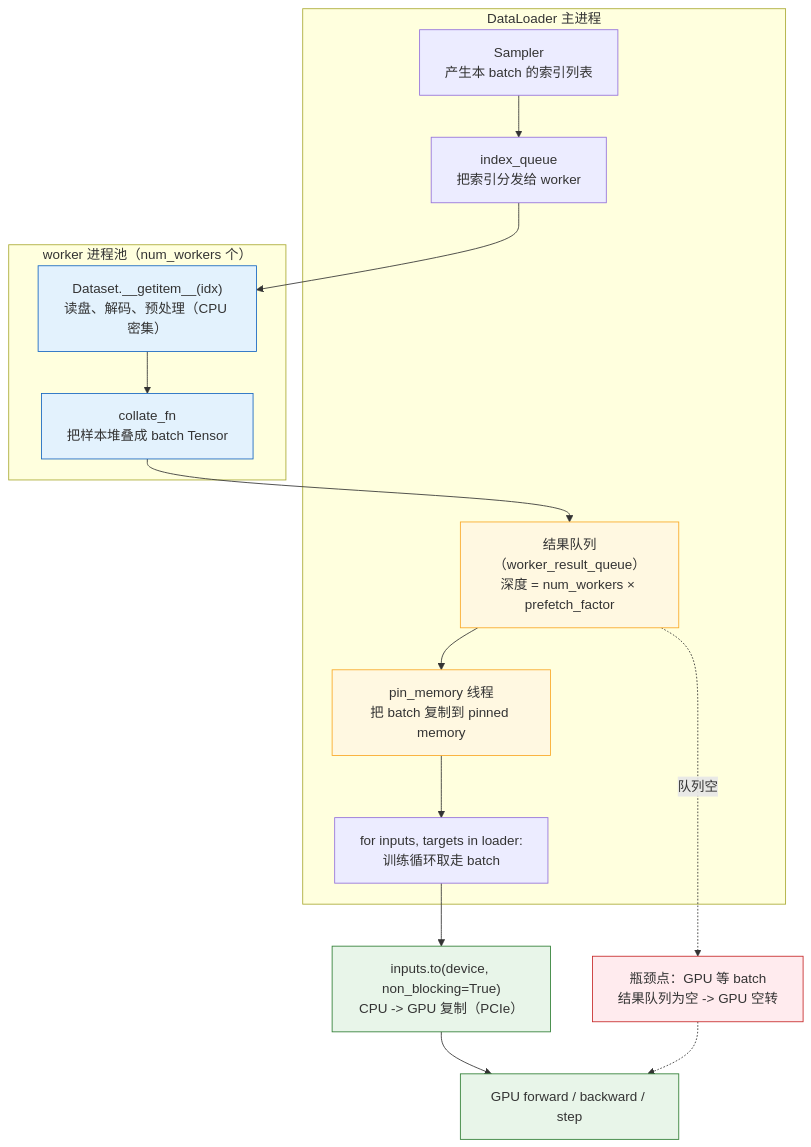
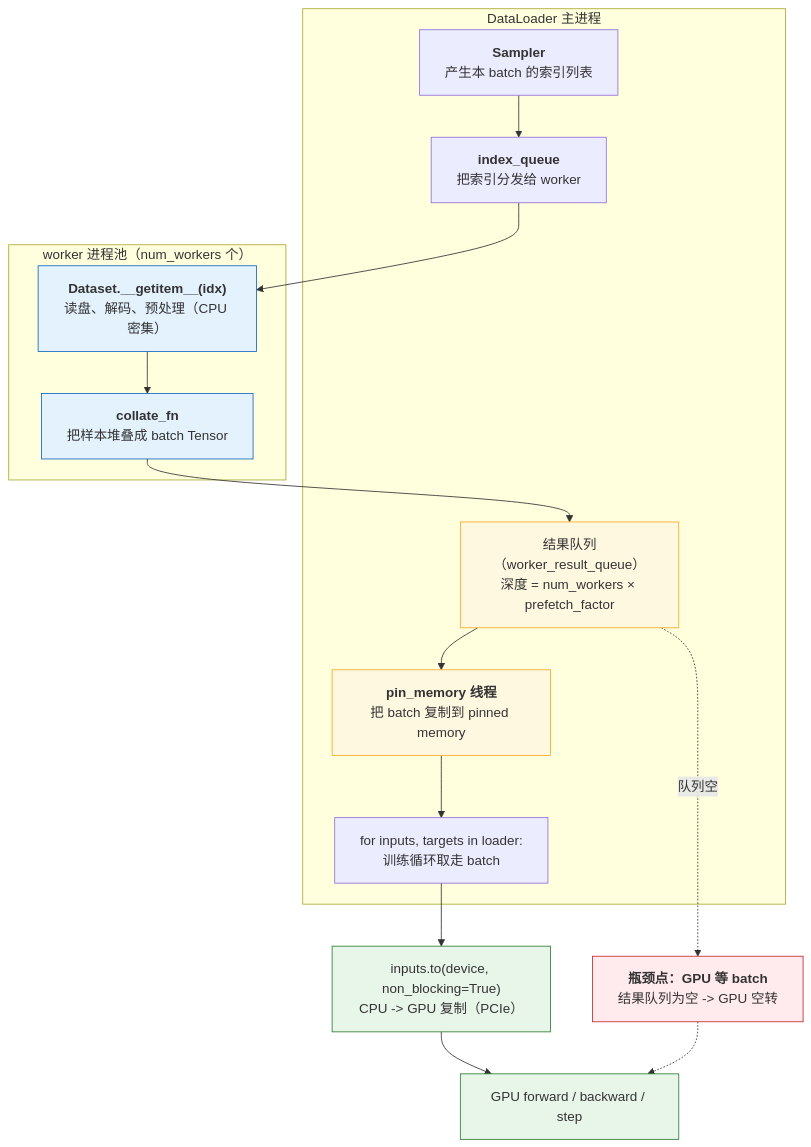
The fourth of 6 diagrams in _posts/2026-02-20-pytorch-module-and-training-system.md (arganzheng/arganzheng.github.com), drawn with Mermaid before and after one commit. The commit also changed other lines of this file and 10 other files, not shown here.

First line of the commit message:
PyTorch 深度实践：从 Tensor 到深度学习运行时：Mermaid 多行方框的首行标为标题（11 篇）

````diff
--- a/_posts/2026-02-20-pytorch-module-and-training-system.md
+++ b/_posts/2026-02-20-pytorch-module-and-training-system.md
@@ -1110,38 +1110,38 @@
 ```mermaid
 %% 图：DataLoader 的进程 / 线程链路：num_workers、prefetch_factor、pin_memory 各作用在哪一段
 flowchart TB
     subgraph main["DataLoader 主进程"]
-        SM["Sampler<br/>产生本 batch 的索引列表"]
-        IQ["index_queue<br/>把索引分发给 worker"]
+        SM["<b>Sampler</b><br/>产生本 batch 的索引列表"]
+        IQ["<b>index_queue</b><br/>把索引分发给 worker"]
         RQ["结果队列（worker_result_queue）<br/>深度 = num_workers × prefetch_factor"]
-        PIN["pin_memory 线程<br/>把 batch 复制到 pinned memory"]
+        PIN["<b>pin_memory 线程</b><br/>把 batch 复制到 pinned memory"]
         IT["for inputs, targets in loader:<br/>训练循环取走 batch"]
     end
     subgraph workers["worker 进程池（num_workers 个）"]
-        GI["Dataset.__getitem__(idx)<br/>读盘、解码、预处理（CPU 密集）"]
-        CO["collate_fn<br/>把样本堆叠成 batch Tensor"]
+        GI["<b>Dataset.__getitem__(idx)</b><br/>读盘、解码、预处理（CPU 密集）"]
+        CO["<b>collate_fn</b><br/>把样本堆叠成 batch Tensor"]
     end
     H2D["inputs.to(device, non_blocking=True)<br/>CPU -> GPU 复制（PCIe）"]
     GPU["GPU forward / backward / step"]
-    WAIT["瓶颈点：GPU 等 batch<br/>结果队列为空 -> GPU 空转"]
+    WAIT["<b>瓶颈点：GPU 等 batch</b><br/>结果队列为空 -> GPU 空转"]
 
     SM --> IQ
     IQ --> GI
     GI --> CO
     CO --> RQ
     RQ --> PIN
     PIN --> IT
     IT --> H2D
     H2D --> GPU
     RQ -.->|"队列空"| WAIT
     WAIT -.-> GPU
 
     classDef knob fill:#fff8e1,stroke:#f9a825;
     classDef par fill:#e3f2fd,stroke:#1565c0;
     classDef gpu fill:#e8f5e9,stroke:#2e7d32;
     classDef bad fill:#ffebee,stroke:#c62828;
     class RQ,PIN knob;
     class GI,CO par;
     class GPU,H2D gpu;
     class WAIT bad;
 ```
````
